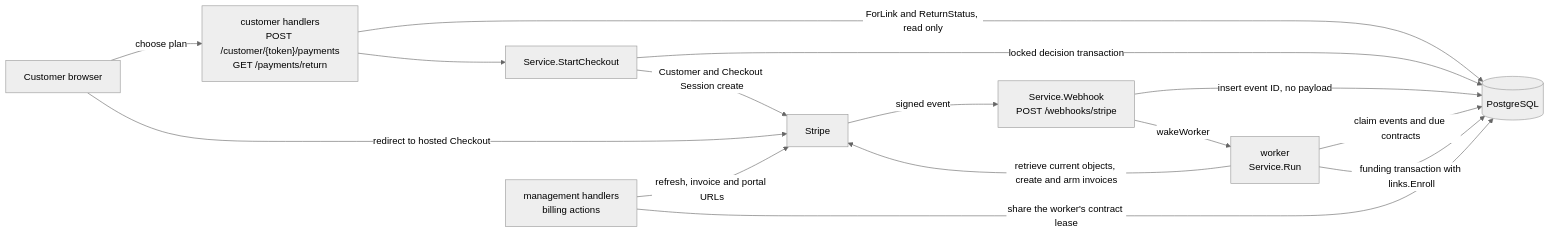
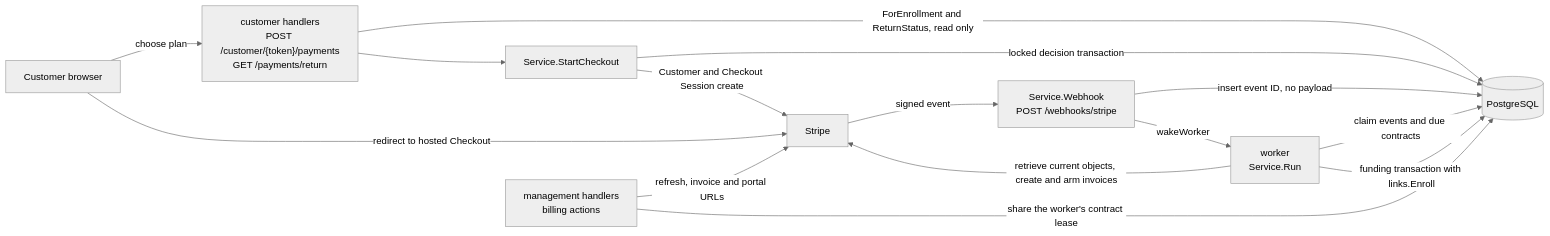
One commit to devGabriel131/ProjectHermes changed the diagram in docs/billing/overview.md. Above: the diagram before and after it, drawn with Mermaid (neutral theme). The commit also changed other lines of this file and 63 other files, not shown here.

````diff
--- a/docs/billing/overview.md
+++ b/docs/billing/overview.md
@@ -25,26 +25,26 @@
 ```mermaid
 flowchart LR
   customer["Customer browser"]
   handlers["customer handlers\nPOST /customer/{token}/payments\nGET /payments/return"]
   start["Service.StartCheckout"]
   staff["management handlers\nbilling actions"]
   webhook["Service.Webhook\nPOST /webhooks/stripe"]
   worker["worker\nService.Run"]
   db[("PostgreSQL")]
   stripe["Stripe"]
 
   customer -->|"choose plan"| handlers
   handlers --> start
-  handlers -->|"ForLink and ReturnStatus, read only"| db
+  handlers -->|"ForEnrollment and ReturnStatus, read only"| db
   start -->|"locked decision transaction"| db
   start -->|"Customer and Checkout Session create"| stripe
   customer -->|"redirect to hosted Checkout"| stripe
   stripe -->|"signed event"| webhook
   webhook -->|"insert event ID, no payload"| db
   webhook -->|"wakeWorker"| worker
   worker -->|"claim events and due contracts"| db
   worker -->|"retrieve current objects, create and arm invoices"| stripe
   worker -->|"funding transaction with links.Enroll"| db
   staff -->|"share the worker's contract lease"| db
   staff -->|"refresh, invoice and portal URLs"| stripe
 ```
````
